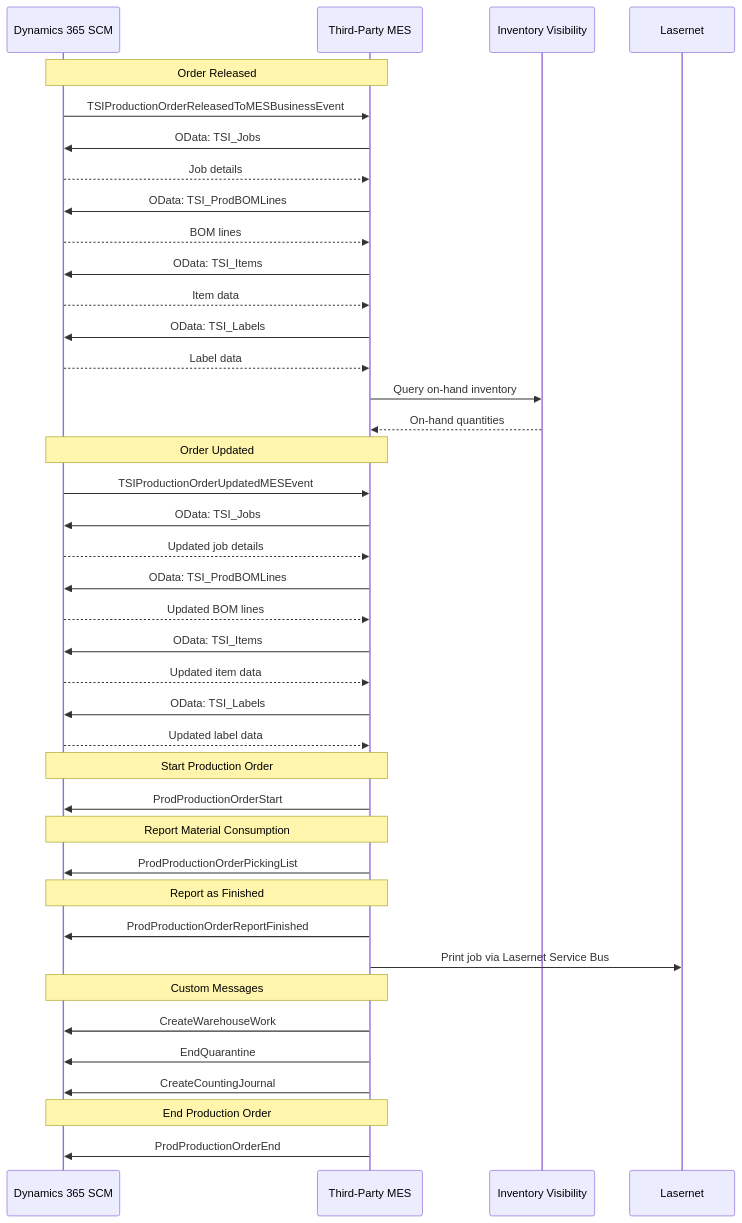
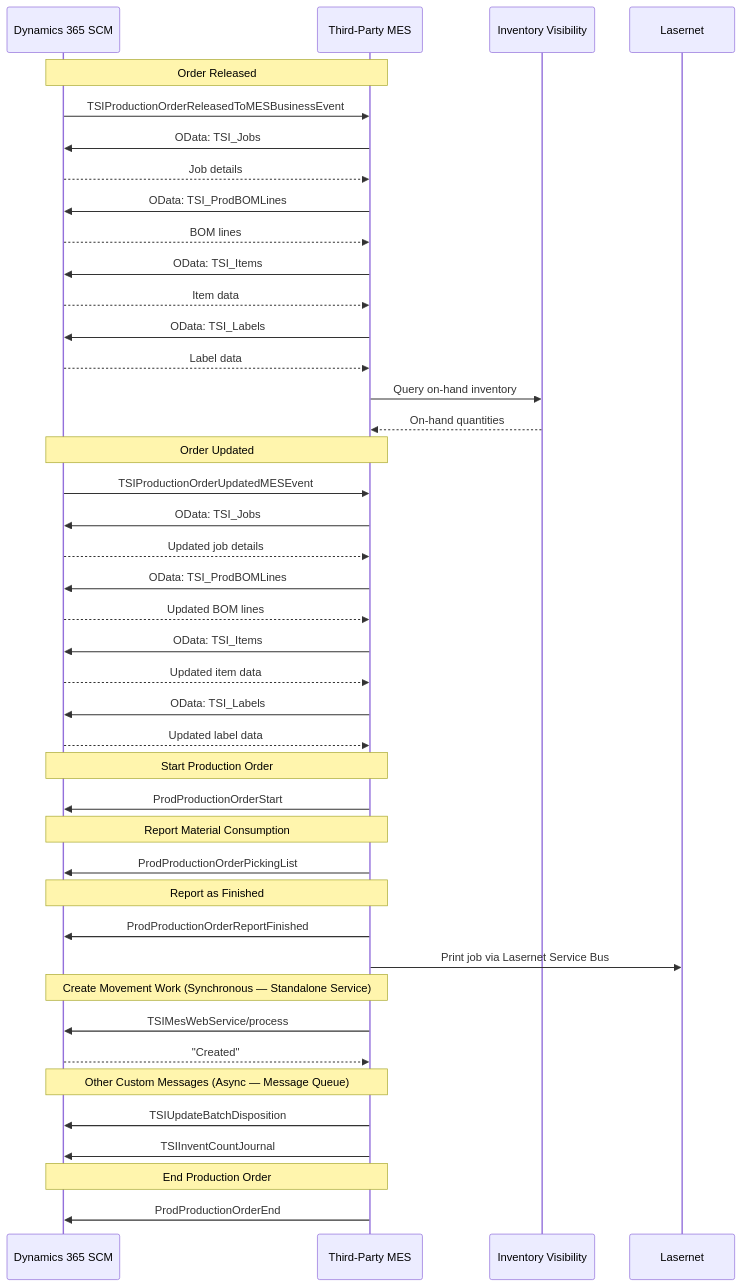
Before and after one commit to tempur-intl/d365MES-examples: the diagram in README.md, drawn with Mermaid. The commit also changed other lines of this file and 6 other files, not shown here.

Commit message:
Add movement work service add 'counting journal' message add 'update batch disposition' message update documentation.

````diff
--- a/README.md
+++ b/README.md
@@ -25,49 +25,52 @@
 ```mermaid
 sequenceDiagram
     participant D365 as Dynamics 365 SCM
     participant MES as Third-Party MES
     participant IVA as Inventory Visibility
     participant LN as Lasernet
 
     Note over D365,MES: Order Released
     D365->>MES: TSIProductionOrderReleasedToMESBusinessEvent
     MES->>D365: OData: TSI_Jobs
     D365-->>MES: Job details
     MES->>D365: OData: TSI_ProdBOMLines
     D365-->>MES: BOM lines
     MES->>D365: OData: TSI_Items
     D365-->>MES: Item data
     MES->>D365: OData: TSI_Labels
     D365-->>MES: Label data
     MES->>IVA: Query on-hand inventory
     IVA-->>MES: On-hand quantities
 
     Note over D365,MES: Order Updated
     D365->>MES: TSIProductionOrderUpdatedMESEvent
     MES->>D365: OData: TSI_Jobs
     D365-->>MES: Updated job details
     MES->>D365: OData: TSI_ProdBOMLines
     D365-->>MES: Updated BOM lines
     MES->>D365: OData: TSI_Items
     D365-->>MES: Updated item data
     MES->>D365: OData: TSI_Labels
     D365-->>MES: Updated label data
 
     Note over D365,MES: Start Production Order
     MES->>D365: ProdProductionOrderStart
 
     Note over D365,MES: Report Material Consumption
     MES->>D365: ProdProductionOrderPickingList
 
     Note over D365,MES: Report as Finished
     MES->>D365: ProdProductionOrderReportFinished
     MES->>LN: Print job via Lasernet Service Bus
 
-    Note over D365,MES: Custom Messages
-    MES->>D365: CreateWarehouseWork
-    MES->>D365: EndQuarantine
-    MES->>D365: CreateCountingJournal
+    Note over D365,MES: Create Movement Work (Synchronous — Standalone Service)
+    MES->>D365: TSIMesWebService/process
+    D365-->>MES: "Created"
+
+    Note over D365,MES: Other Custom Messages (Async — Message Queue)
+    MES->>D365: TSIUpdateBatchDisposition
+    MES->>D365: TSIInventCountJournal
 
     Note over D365,MES: End Production Order
     MES->>D365: ProdProductionOrderEnd
 ```
````
